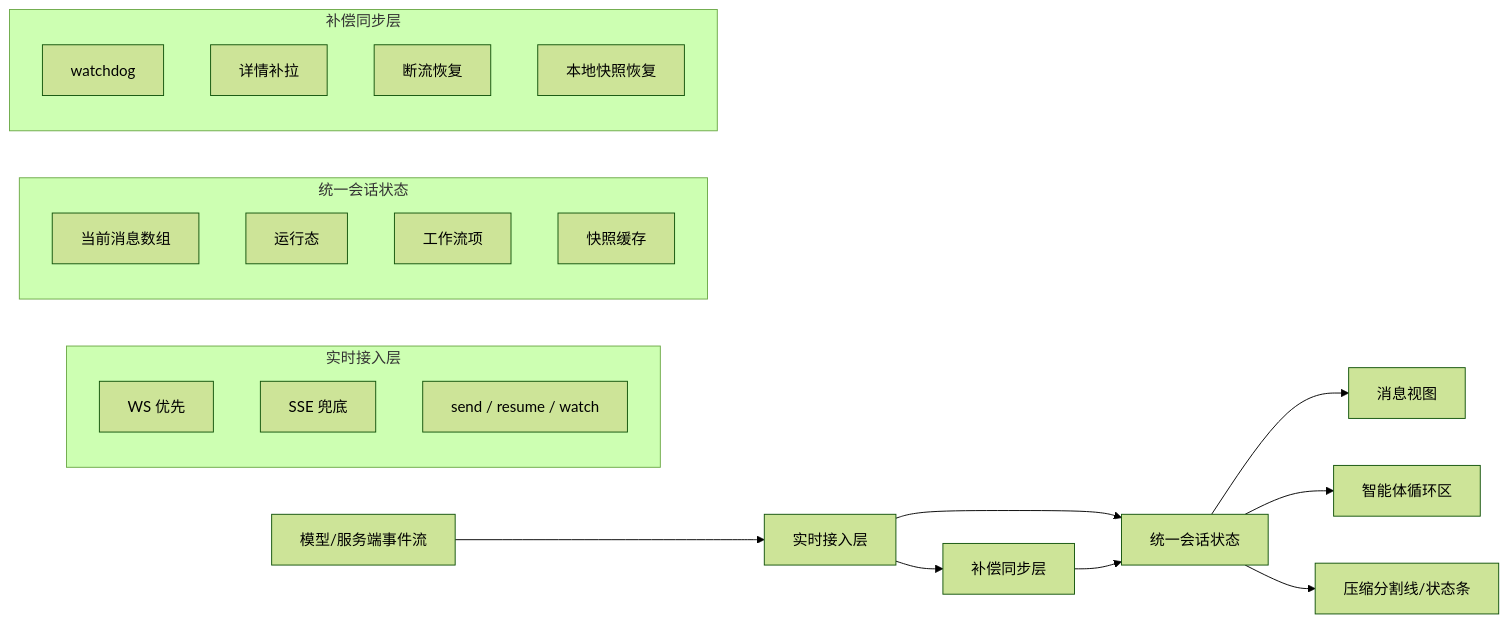
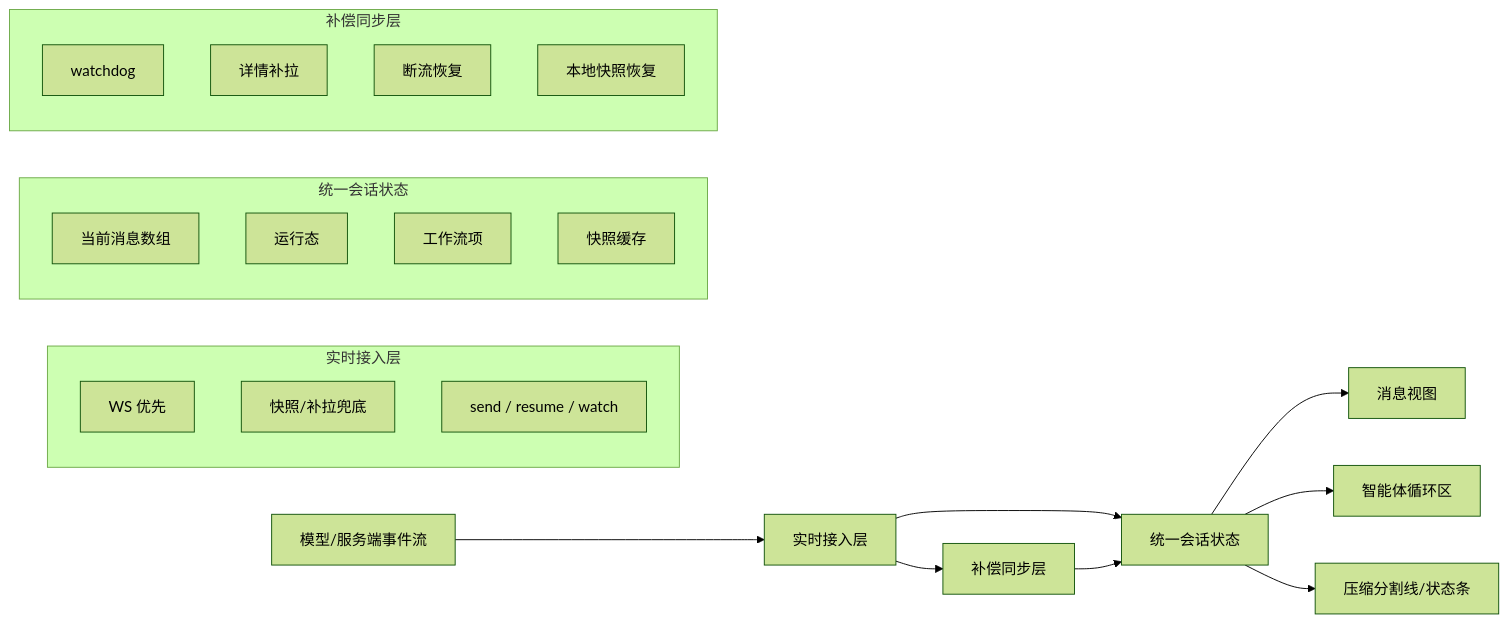
One commit to ylsdamxssjxxdd/wunder changed the first of 3 diagrams in docs/设计文档/实时同步设计.md. Above: the diagram before and after it, drawn with Mermaid (forest theme). The commit also changed other lines of this file and 70 other files, not shown here.

````diff
--- a/docs/设计文档/实时同步设计.md
+++ b/docs/设计文档/实时同步设计.md
@@ -18,30 +18,30 @@
 ```mermaid
 flowchart LR
     A[模型/服务端事件流] --> B[实时接入层]
     B --> C[统一会话状态]
     C --> D[消息视图]
     C --> E[智能体循环区]
     C --> F[压缩分割线/状态条]
     B --> G[补偿同步层]
     G --> C
 
     subgraph 实时接入层
       B1[WS 优先]
-      B2[SSE 兜底]
+      B2[快照/补拉兜底]
       B3[send / resume / watch]
     end
 
     subgraph 统一会话状态
       C1[当前消息数组]
       C2[运行态]
       C3[工作流项]
       C4[快照缓存]
     end
 
     subgraph 补偿同步层
       G1[watchdog]
       G2[详情补拉]
       G3[断流恢复]
       G4[本地快照恢复]
     end
 ```
````
